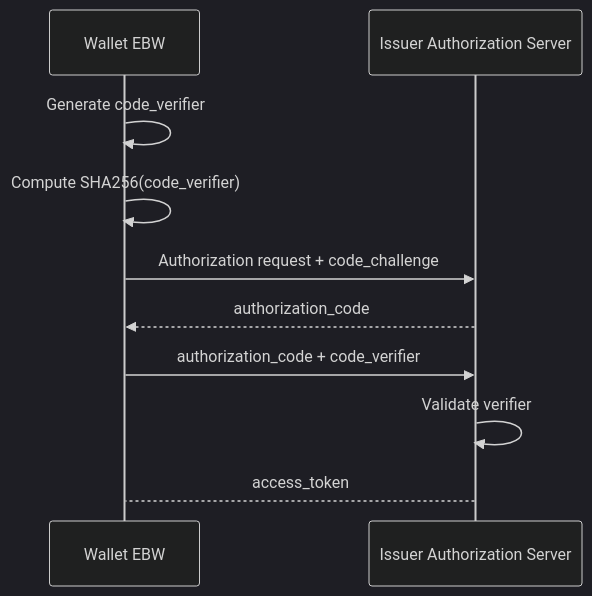
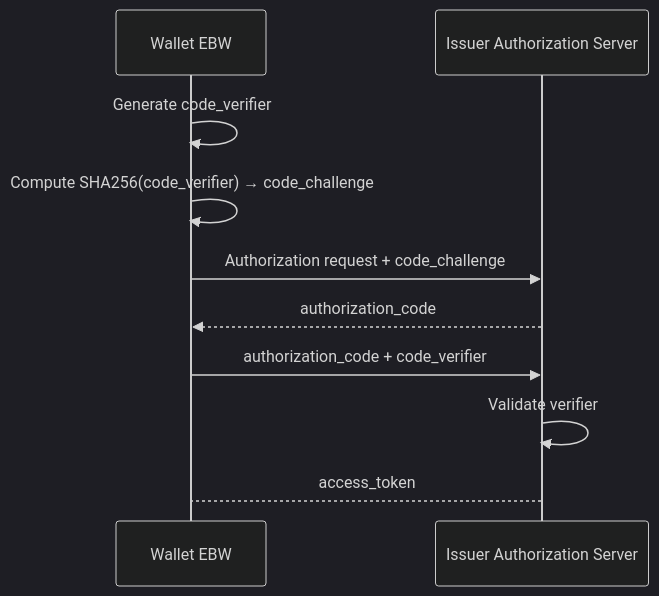
The first of 2 diagrams in docs/developers/concepts/dpop-pkce.en.md (in2workspace/eudistack-docs), drawn with Mermaid (dark theme) before and after one commit. The commit also changed other lines of this file and 22 other files, not shown here.

````diff
--- a/docs/developers/concepts/dpop-pkce.en.md
+++ b/docs/developers/concepts/dpop-pkce.en.md
@@ -26,16 +27,16 @@
-```mermaid
-sequenceDiagram
-    participant W as Wallet EBW
-    participant I as Issuer Authorization Server
+    ```mermaid
+    sequenceDiagram
+        participant W as Wallet EBW
+        participant I as Issuer Authorization Server
 
-    W->>W: Generate code_verifier
-    W->>W: Compute SHA256(code_verifier)
+        W->>W: Generate code_verifier
+        W->>W: Compute SHA256(code_verifier) → code_challenge
 
-    W->>I: Authorization request + code_challenge
-    I-->>W: authorization_code
+        W->>I: Authorization request + code_challenge
+        I-->>W: authorization_code
 
-    W->>I: authorization_code + code_verifier
-    I->>I: Validate verifier
+        W->>I: authorization_code + code_verifier
+        I->>I: Validate verifier
 
-    I-->W: access_token
-```
+        I-->W: access_token
+    ```
````
